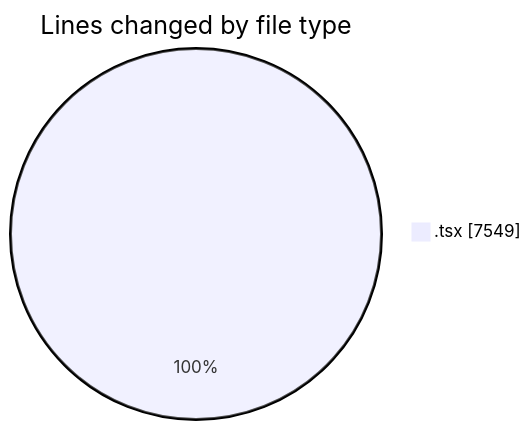
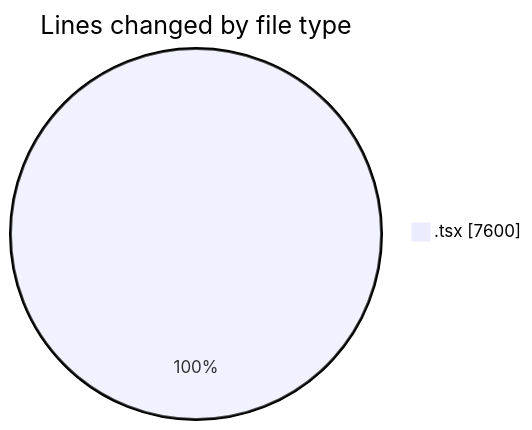
Before and after one commit to nxtqubesakshisongat/code-tracking: the first of 2 diagrams in 2026-08-24/nxtqube_webapp/README.md, drawn with Mermaid. The commit also changed other lines of this file and 1 other file, not shown here.

````diff
--- a/2026-08-24/nxtqube_webapp/README.md
+++ b/2026-08-24/nxtqube_webapp/README.md
@@ -33,5 +33,5 @@
 ```mermaid
 pie showData
 title Lines changed by file type
-".tsx" : 7549
+".tsx" : 7600
 ```
````
